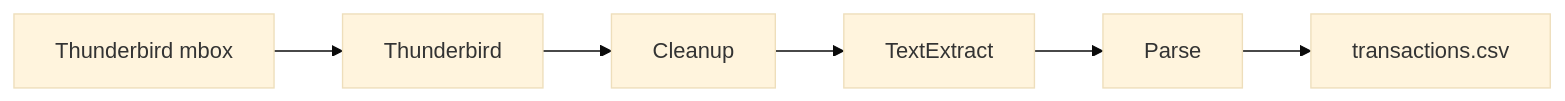
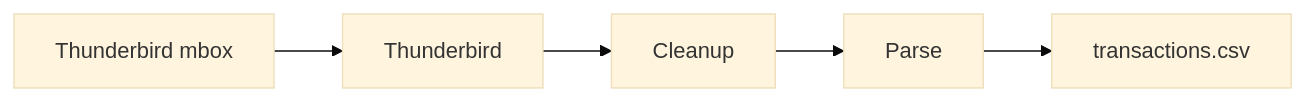
One commit to financial-footprints/NetworthCSV changed the first of 2 diagrams in README.md. Above: the diagram before and after it, drawn with Mermaid (base theme). The commit also changed other lines of this file and 19 other files, not shown here.

````diff
--- a/README.md
+++ b/README.md
@@ -27,8 +27,7 @@
 ```mermaid
 flowchart LR
     TB[Thunderbird mbox] --> Thunderbird
     Thunderbird --> Cleanup
-    Cleanup --> TextExtract
-    TextExtract --> Parse
+    Cleanup --> Parse
     Parse --> CSV[transactions.csv]
 ```
````
